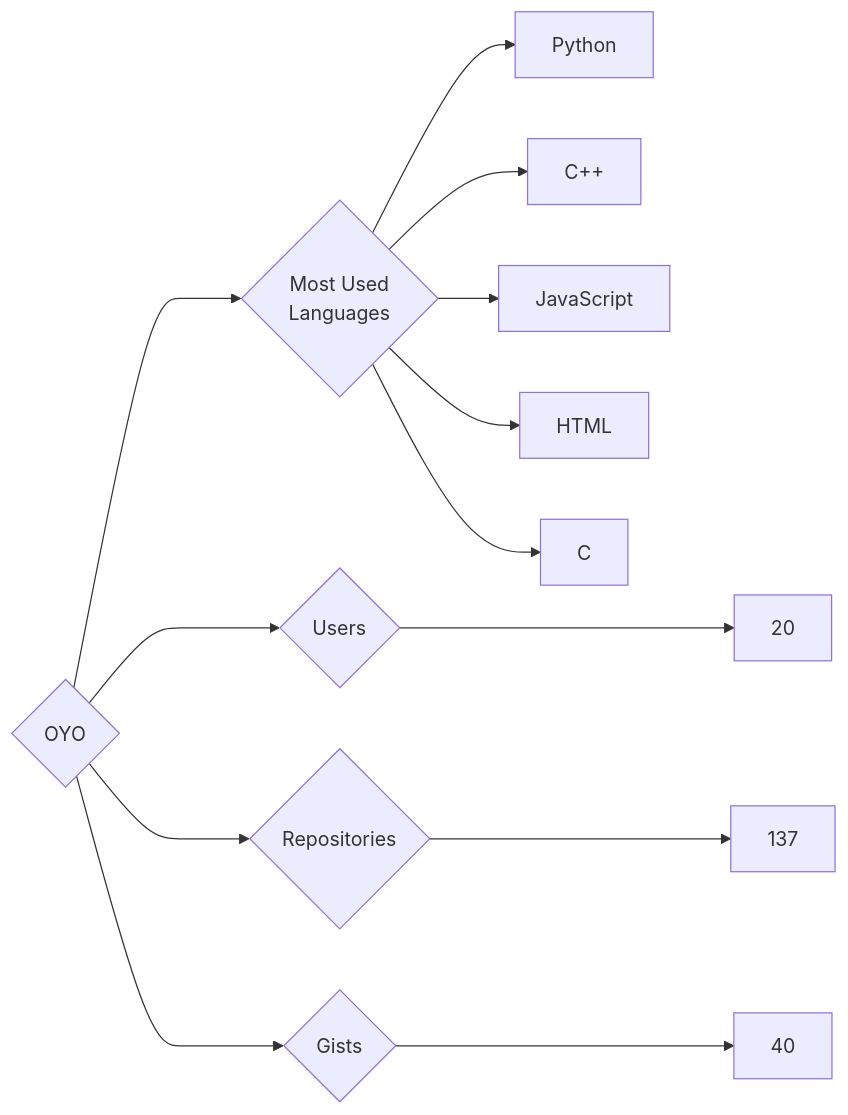
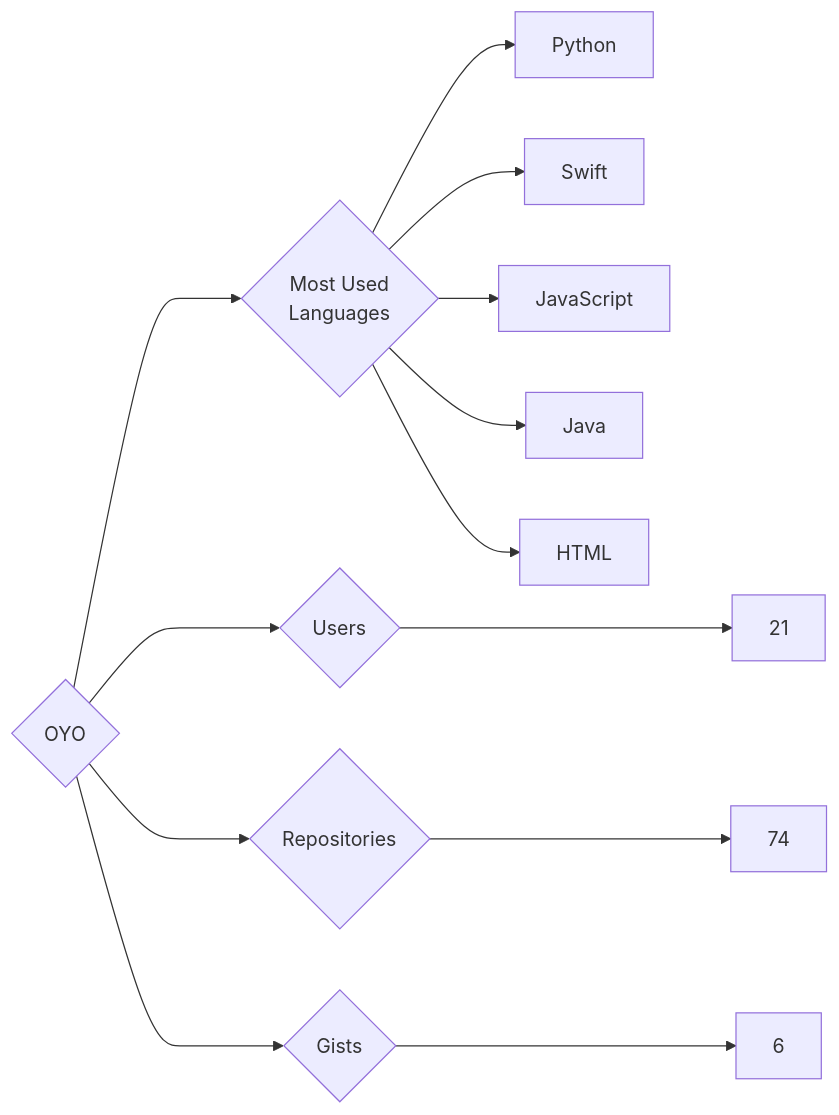
Before and after one commit to trickest/insiders: the diagram in targets/OYO/README.md, drawn with Mermaid. The commit also changed 1011 other files, not shown here.

````diff
--- a/targets/OYO/README.md
+++ b/targets/OYO/README.md
@@ -3,13 +3,13 @@
 ```mermaid
 graph LR
 COMPANY_NAME{OYO}
-COMPANY_NAME ---> U{Users} ---> UN[20]
-COMPANY_NAME ---> R{Repositories} ---> RN[137]
-COMPANY_NAME ---> G{Gists} ---> GN[40]
+COMPANY_NAME ---> U{Users} ---> UN[21]
+COMPANY_NAME ---> R{Repositories} ---> RN[74]
+COMPANY_NAME ---> G{Gists} ---> GN[6]
 COMPANY_NAME ---> ML{Most Used<br>Languages}
 ML --> Python[Python]
-ML --> C++[C++]
+ML --> Swift[Swift]
 ML --> JavaScript[JavaScript]
+ML --> Java[Java]
 ML --> HTML[HTML]
-ML --> C[C]
 ```
````
